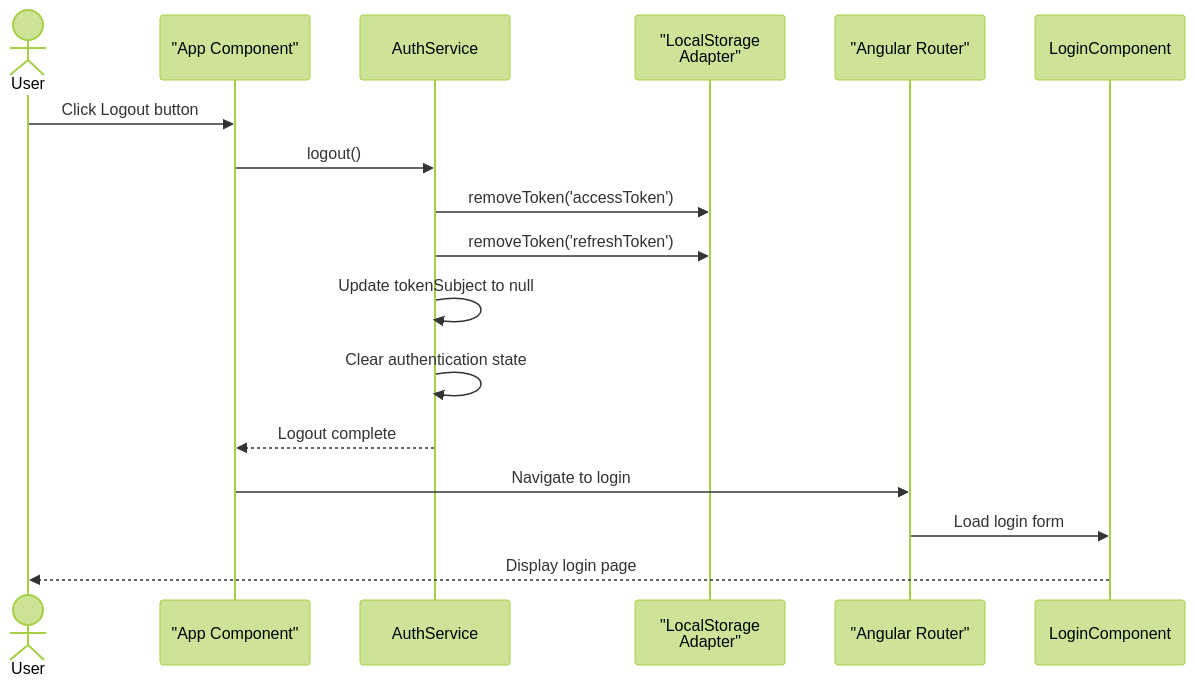
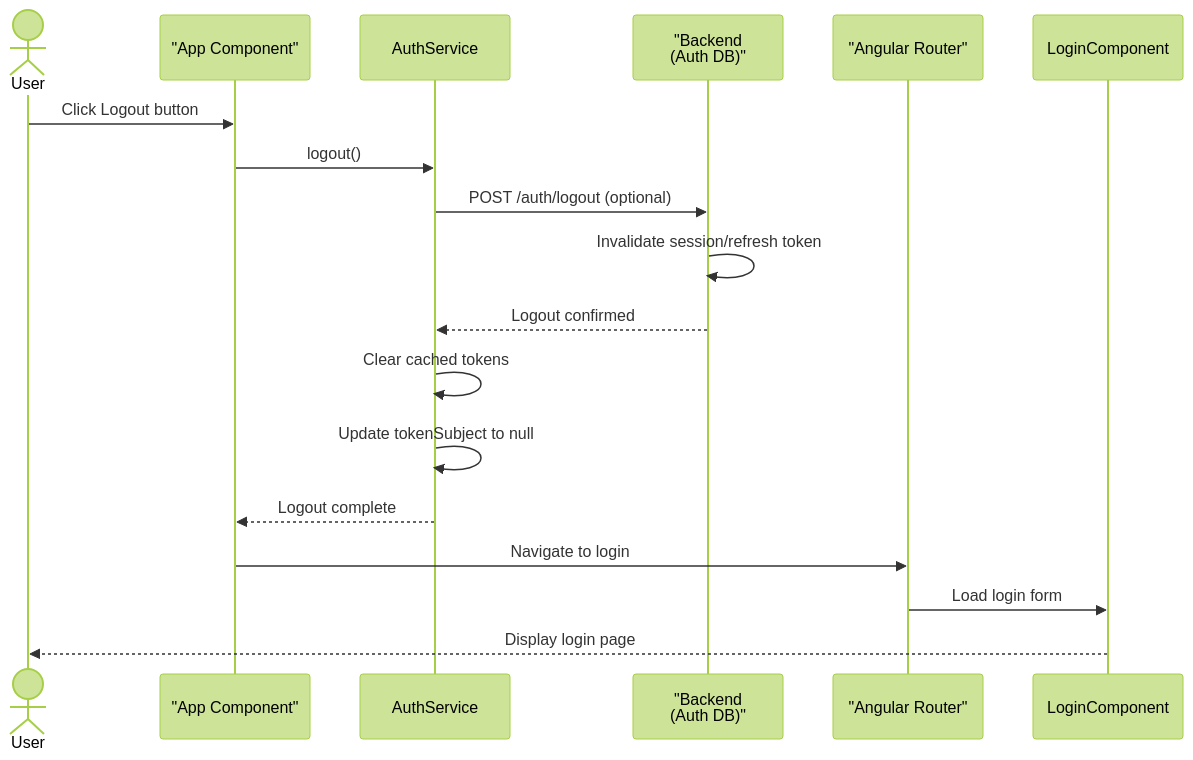
Before and after one commit to seankcheema/trading-season: the fifth of 5 diagrams in apps/business-logic-ui/Sequence-Diagram.md, drawn with Mermaid (forest theme). The commit also changed other lines of this file and 1 other file, not shown here.

Commit message:
feat: KAN-47/KAN-127/Create Visual Representation of Architecture

````diff
--- a/apps/business-logic-ui/Sequence-Diagram.md
+++ b/apps/business-logic-ui/Sequence-Diagram.md
@@ -179,22 +181,23 @@
 ```mermaid
 sequenceDiagram
     actor User
     participant Component as "App Component"
     participant AuthService
-    participant LocalStorage as "LocalStorage<br/>Adapter"
+    participant Backend as "Backend<br/>(Auth DB)"
     participant Router as "Angular Router"
     participant LoginComponent
 
     User->>Component: Click Logout button
     Component->>AuthService: logout()
     
-    AuthService->>LocalStorage: removeToken('accessToken')
-    AuthService->>LocalStorage: removeToken('refreshToken')
+    AuthService->>Backend: POST /auth/logout (optional)
+    Backend->>Backend: Invalidate session/refresh token
+    Backend-->>AuthService: Logout confirmed
+    AuthService->>AuthService: Clear cached tokens
     AuthService->>AuthService: Update tokenSubject to null
-    AuthService->>AuthService: Clear authentication state
     
     AuthService-->>Component: Logout complete
     Component->>Router: Navigate to login
     Router->>LoginComponent: Load login form
     LoginComponent-->>User: Display login page
 ```
````
